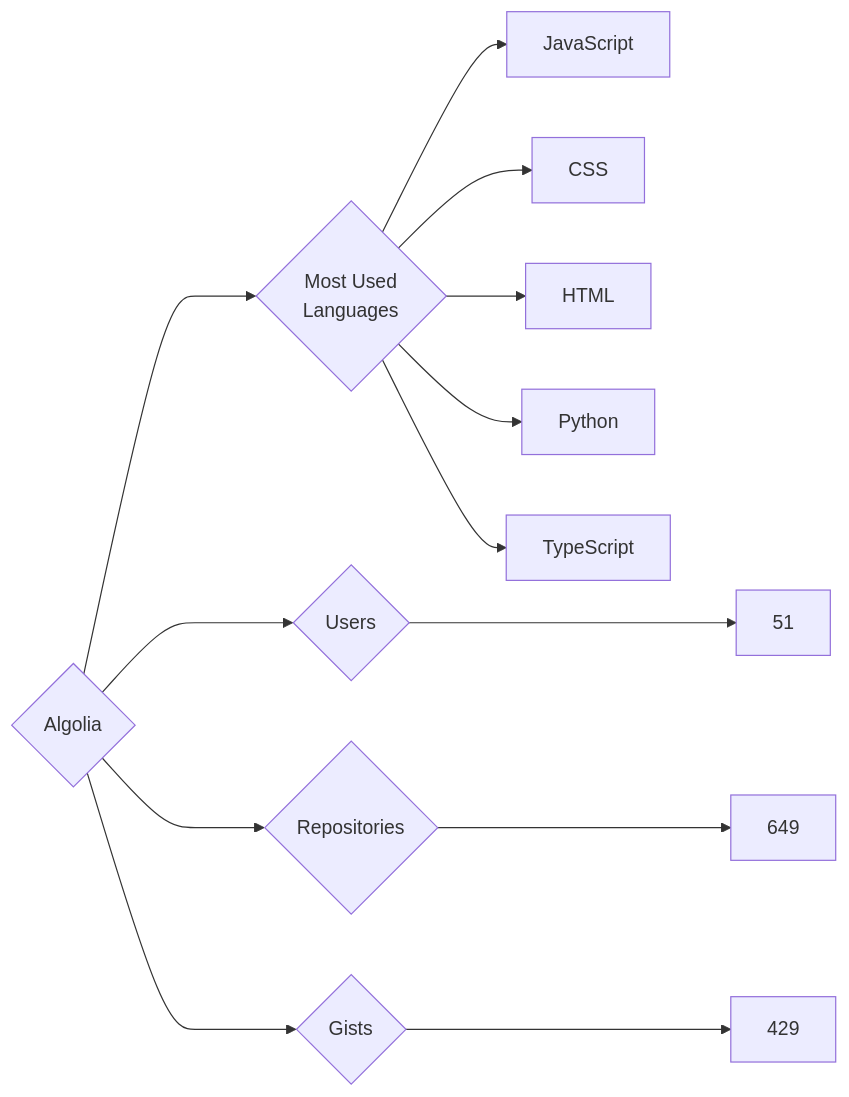
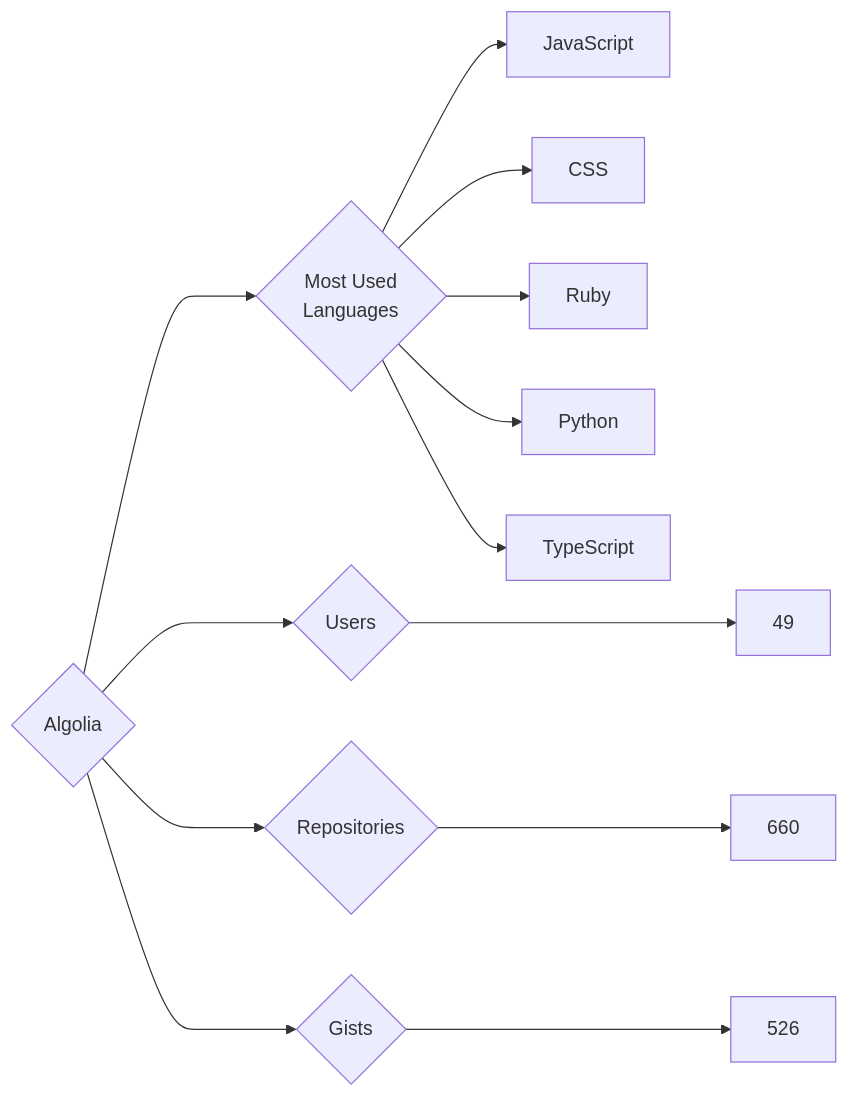
One commit to trickest/insiders changed the diagram in targets/Algolia/README.md. Above: the diagram before and after it, drawn with Mermaid. The commit also changed 720 other files, not shown here.

````diff
--- a/targets/Algolia/README.md
+++ b/targets/Algolia/README.md
@@ -3,13 +3,13 @@
 ```mermaid
 graph LR
 COMPANY_NAME{Algolia}
-COMPANY_NAME ---> U{Users} ---> UN[51]
-COMPANY_NAME ---> R{Repositories} ---> RN[649]
-COMPANY_NAME ---> G{Gists} ---> GN[429]
+COMPANY_NAME ---> U{Users} ---> UN[49]
+COMPANY_NAME ---> R{Repositories} ---> RN[660]
+COMPANY_NAME ---> G{Gists} ---> GN[526]
 COMPANY_NAME ---> ML{Most Used<br>Languages}
 ML --> JavaScript[JavaScript]
 ML --> CSS[CSS]
-ML --> HTML[HTML]
+ML --> Ruby[Ruby]
 ML --> Python[Python]
 ML --> TypeScript[TypeScript]
 ```
````
